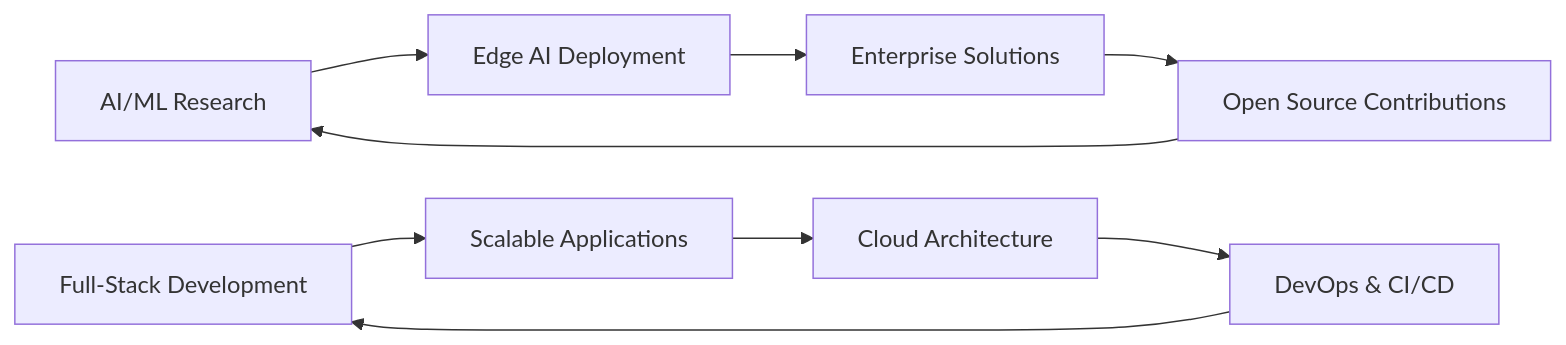
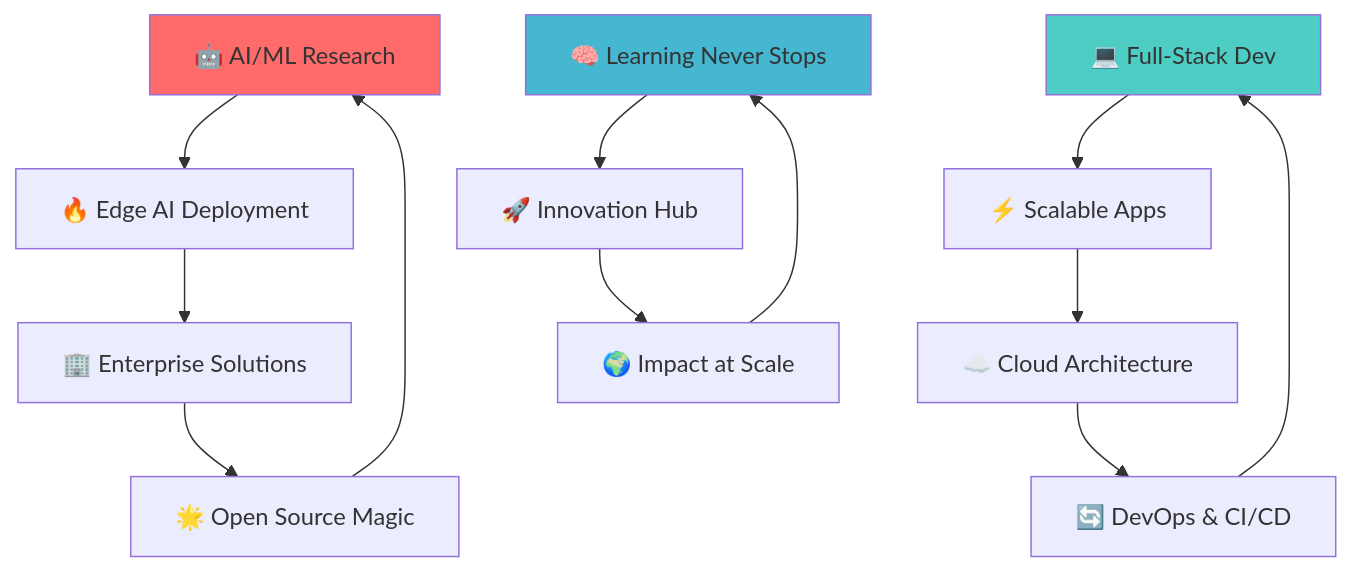
One commit to anshc022/anshc022 changed the diagram in README.md. Above: the diagram before and after it, drawn with Mermaid. The commit also changed other lines of this file, not shown here.

````diff
--- a/README.md
+++ b/README.md
@@ -239,12 +378,20 @@
 ```mermaid
-graph LR
-    A[AI/ML Research] --> B[Edge AI Deployment]
-    B --> C[Enterprise Solutions]
-    C --> D[Open Source Contributions]
+graph TD
+    A[🤖 AI/ML Research] --> B[🔥 Edge AI Deployment]
+    B --> C[🏢 Enterprise Solutions]
+    C --> D[🌟 Open Source Magic]
     D --> A
     
-    E[Full-Stack Development] --> F[Scalable Applications]
-    F --> G[Cloud Architecture]
-    G --> H[DevOps & CI/CD]
+    E[💻 Full-Stack Dev] --> F[⚡ Scalable Apps]
+    F --> G[☁️ Cloud Architecture]
+    G --> H[🔄 DevOps & CI/CD]
     H --> E
+    
+    I[🧠 Learning Never Stops] --> J[🚀 Innovation Hub]
+    J --> K[🌍 Impact at Scale]
+    K --> I
+    
+    style A fill:#ff6b6b
+    style E fill:#4ecdc4
+    style I fill:#45b7d1
 ```
````
